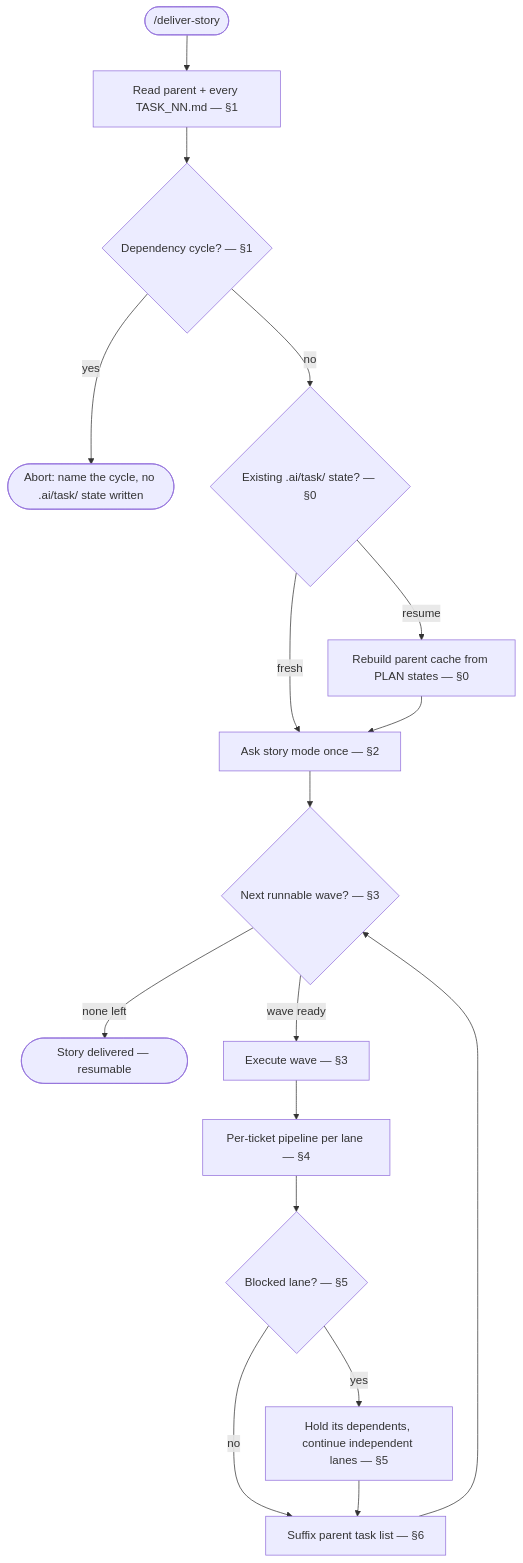
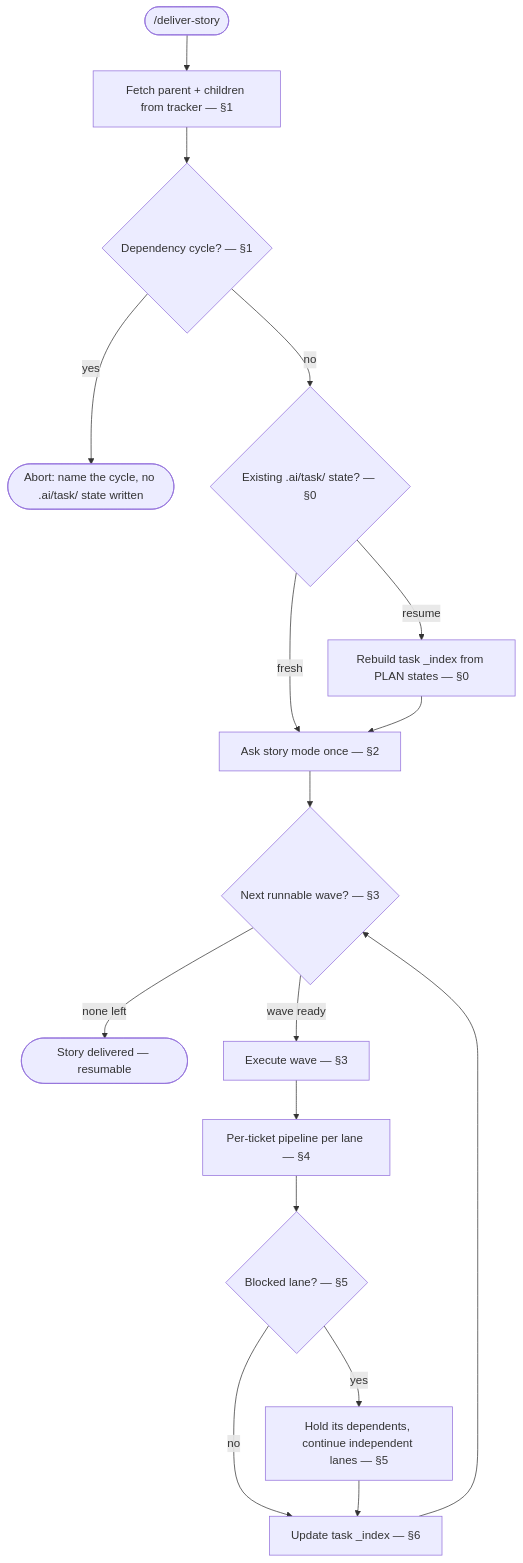
Before and after one commit to jakubtobiasz/ai-kit: the diagram in skills/deliver-story/SKILL.md, drawn with Mermaid. The commit also changed other lines of this file and 32 other files, not shown here.

````diff
--- a/skills/deliver-story/SKILL.md
+++ b/skills/deliver-story/SKILL.md
@@ -80,19 +83,19 @@
 ```mermaid
 flowchart TD
-    Start([/deliver-story]) --> Resolve["Read parent + every TASK_NN.md — §1"]
+    Start([/deliver-story]) --> Resolve["Fetch parent + children from tracker — §1"]
     Resolve --> Cycle{"Dependency cycle? — §1"}
     Cycle -->|yes| Abort([Abort: name the cycle, no .ai/task/ state written])
     Cycle -->|no| Resume{"Existing .ai/task/ state? — §0"}
-    Resume -->|resume| Rebuild["Rebuild parent cache from PLAN states — §0"]
+    Resume -->|resume| Rebuild["Rebuild task _index from PLAN states — §0"]
     Resume -->|fresh| Mode["Ask story mode once — §2"]
     Rebuild --> Mode
     Mode --> NextWave{"Next runnable wave? — §3"}
     NextWave -->|none left| Done([Story delivered — resumable])
     NextWave -->|wave ready| Wave["Execute wave — §3"]
     Wave --> Ticket["Per-ticket pipeline per lane — §4"]
     Ticket --> Gate{"Blocked lane? — §5"}
     Gate -->|yes| Hold["Hold its dependents, continue independent lanes — §5"]
-    Gate -->|no| Progress["Suffix parent task list — §6"]
+    Gate -->|no| Progress["Update task _index — §6"]
     Hold --> Progress
     Progress --> NextWave
 ```
````
